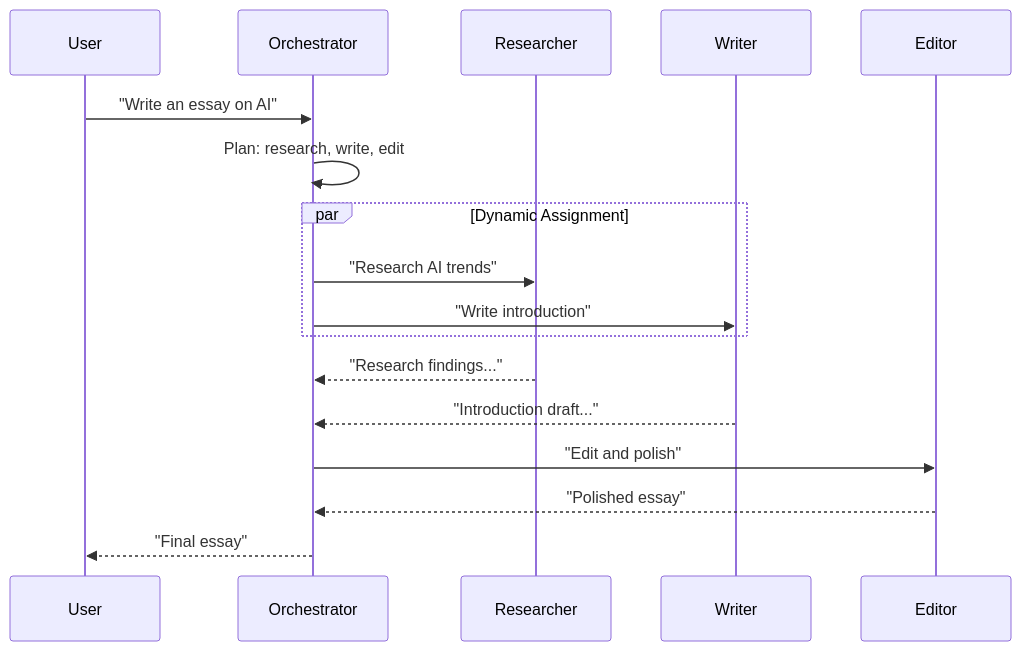
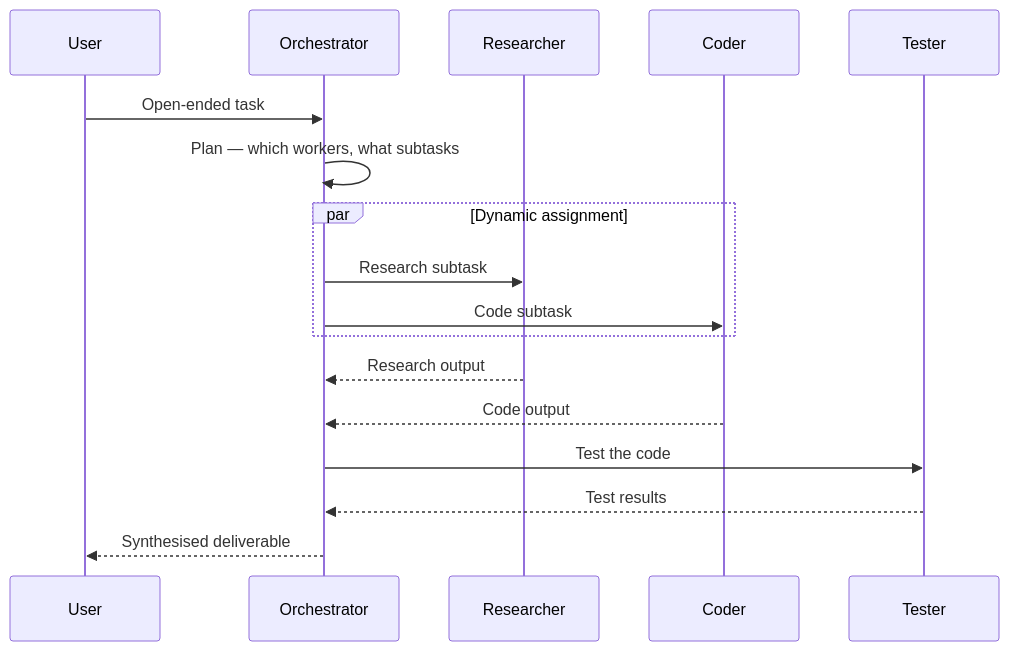
The diagram in docs/patterns/orchestration/orchestrator-workers.md (pyagent-core/pyagent), drawn with Mermaid before and after one commit. The commit also changed other lines of this file and 152 other files, not shown here.

````diff
--- a/docs/patterns/orchestration/orchestrator-workers.md
+++ b/docs/patterns/orchestration/orchestrator-workers.md
@@ -7,20 +12,20 @@
 ```mermaid
 sequenceDiagram
     participant U as User
     participant O as Orchestrator
     participant R as Researcher
-    participant W as Writer
-    participant E as Editor
+    participant C as Coder
+    participant T as Tester
 
-    U->>O: "Write an essay on AI"
-    O->>O: Plan: research, write, edit
-    par Dynamic Assignment
-        O->>R: "Research AI trends"
-        O->>W: "Write introduction"
+    U->>O: Open-ended task
+    O->>O: Plan — which workers, what subtasks
+    par Dynamic assignment
+        O->>R: Research subtask
+        O->>C: Code subtask
     end
-    R-->>O: "Research findings..."
-    W-->>O: "Introduction draft..."
-    O->>E: "Edit and polish"
-    E-->>O: "Polished essay"
-    O-->>U: "Final essay"
+    R-->>O: Research output
+    C-->>O: Code output
+    O->>T: Test the code
+    T-->>O: Test results
+    O-->>U: Synthesised deliverable
 ```
````
